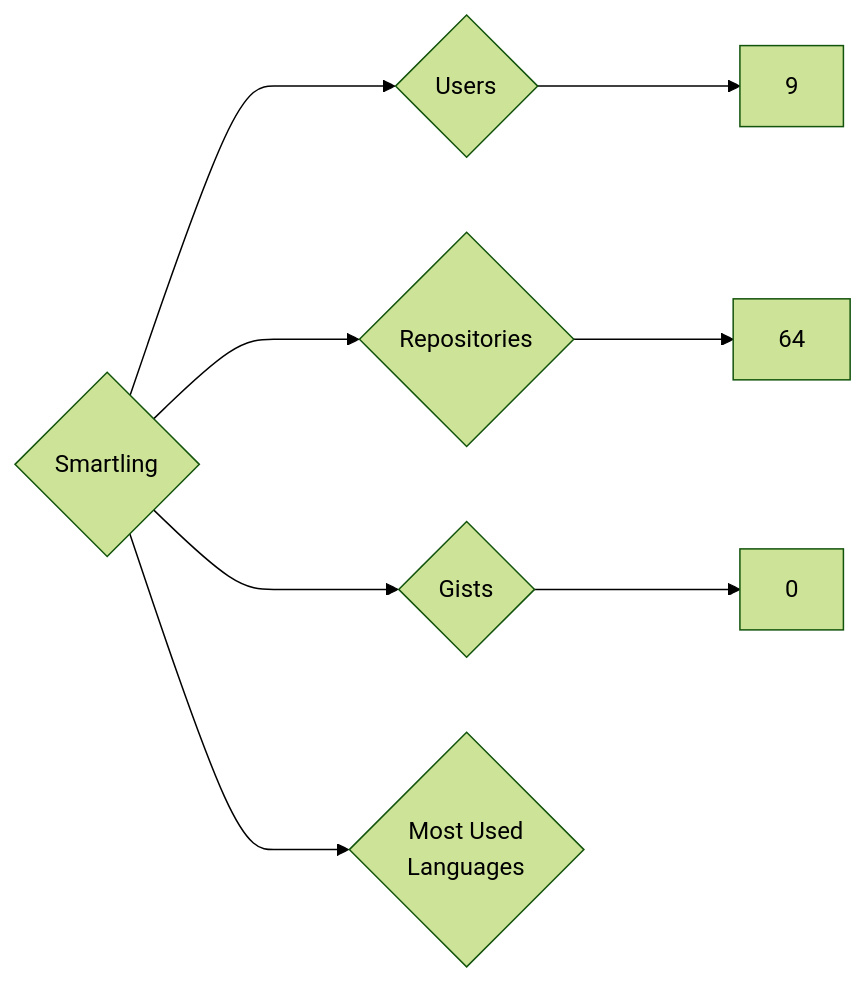
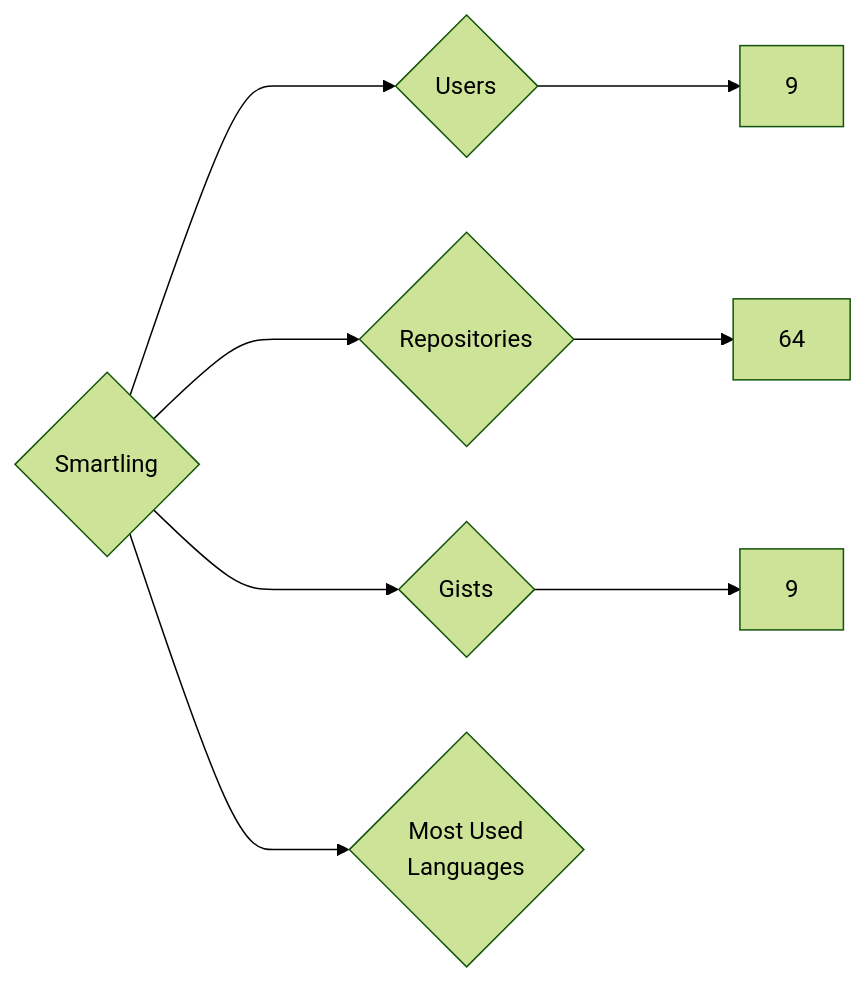
The diagram in targets/Smartling/README.md (nenadzaric/insiders), drawn with Mermaid (forest theme) before and after one commit. The commit also changed 1342 other files, not shown here.

````diff
--- a/targets/Smartling/README.md
+++ b/targets/Smartling/README.md
@@ -3,8 +3,8 @@
 ```mermaid
 graph LR
 COMPANY_NAME{Smartling}
 COMPANY_NAME ---> U{Users} ---> UN[9]
 COMPANY_NAME ---> R{Repositories} ---> RN[64]
-COMPANY_NAME ---> G{Gists} ---> GN[0]
+COMPANY_NAME ---> G{Gists} ---> GN[9]
 COMPANY_NAME ---> ML{Most Used<br>Languages}
 ```
````
